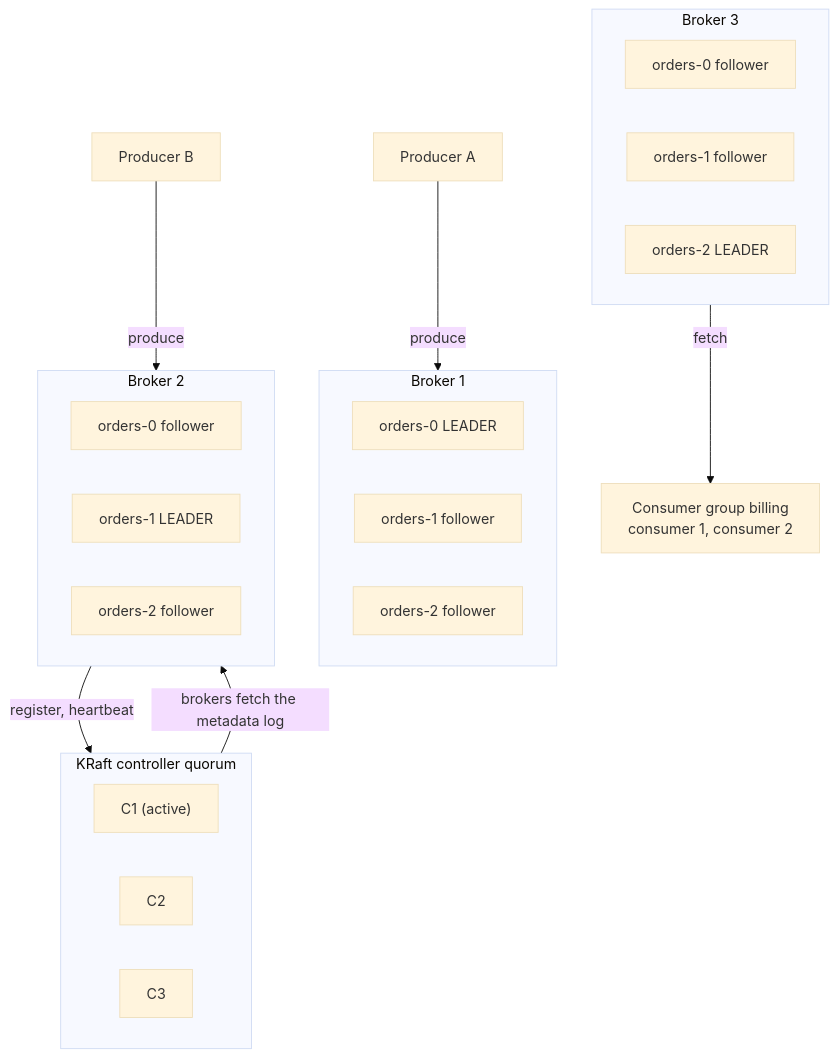
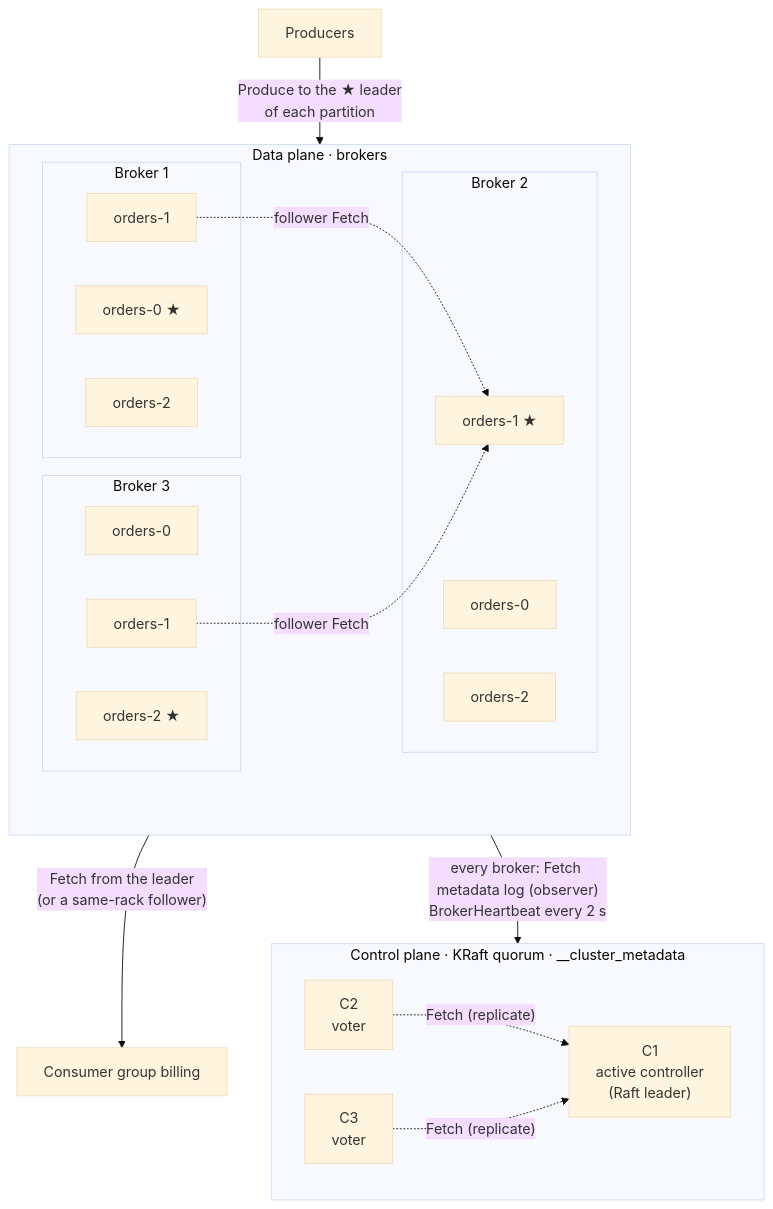
The first of 29 diagrams in README.md (reynaldjoabet/kafka-in-practice), drawn with Mermaid (base theme) before and after one commit. The commit also changed other lines of this file and 2 other files, not shown here.

````diff
--- a/README.md
+++ b/README.md
@@ -101,28 +101,34 @@
 ```mermaid
 flowchart TB
-    subgraph Q["KRaft controller quorum"]
-        C1["C1 (active)"]
-        C2["C2"]
-        C3["C3"]
+    subgraph CP["Control plane · KRaft quorum · __cluster_metadata"]
+        direction LR
+        C1["C1<br/>active controller<br/>(Raft leader)"]
+        C2["C2<br/>voter"]
+        C3["C3<br/>voter"]
+        C2 -. "Fetch (replicate)" .-> C1
+        C3 -. "Fetch (replicate)" .-> C1
     end
-    subgraph B1["Broker 1"]
-        o0L["orders-0 LEADER"]
-        o1F1["orders-1 follower"]
-        o2F1["orders-2 follower"]
+    subgraph DP["Data plane · brokers"]
+        direction LR
+        subgraph B1["Broker 1"]
+            o0L["orders-0 ★"]
+            o1F1["orders-1"]
+            o2F1["orders-2"]
+        end
+        subgraph B2["Broker 2"]
+            o0F2["orders-0"]
+            o1L["orders-1 ★"]
+            o2F2["orders-2"]
+        end
+        subgraph B3["Broker 3"]
+            o0F3["orders-0"]
+            o1F3["orders-1"]
+            o2L["orders-2 ★"]
+        end
     end
-    subgraph B2["Broker 2"]
-        o0F2["orders-0 follower"]
-        o1L["orders-1 LEADER"]
-        o2F2["orders-2 follower"]
-    end
-    subgraph B3["Broker 3"]
-        o0F3["orders-0 follower"]
-        o1F3["orders-1 follower"]
-        o2L["orders-2 LEADER"]
-    end
-    PA["Producer A"] -- "produce" --> B1
-    PB["Producer B"] -- "produce" --> B2
-    B3 -- "fetch" --> G["Consumer group billing<br/>consumer 1, consumer 2"]
-    Q -- "brokers fetch the metadata log" --> B2
-    B2 -- "register, heartbeat" --> Q
+    DP -- "every broker: Fetch metadata log (observer)<br/>BrokerHeartbeat every 2 s" --> C1
+    P["Producers"] -- "Produce to the ★ leader<br/>of each partition" --> DP
+    DP -- "Fetch from the leader<br/>(or a same-rack follower)" --> G["Consumer group billing"]
+    o1F1 -. "follower Fetch" .-> o1L
+    o1F3 -. "follower Fetch" .-> o1L
 ```
````
